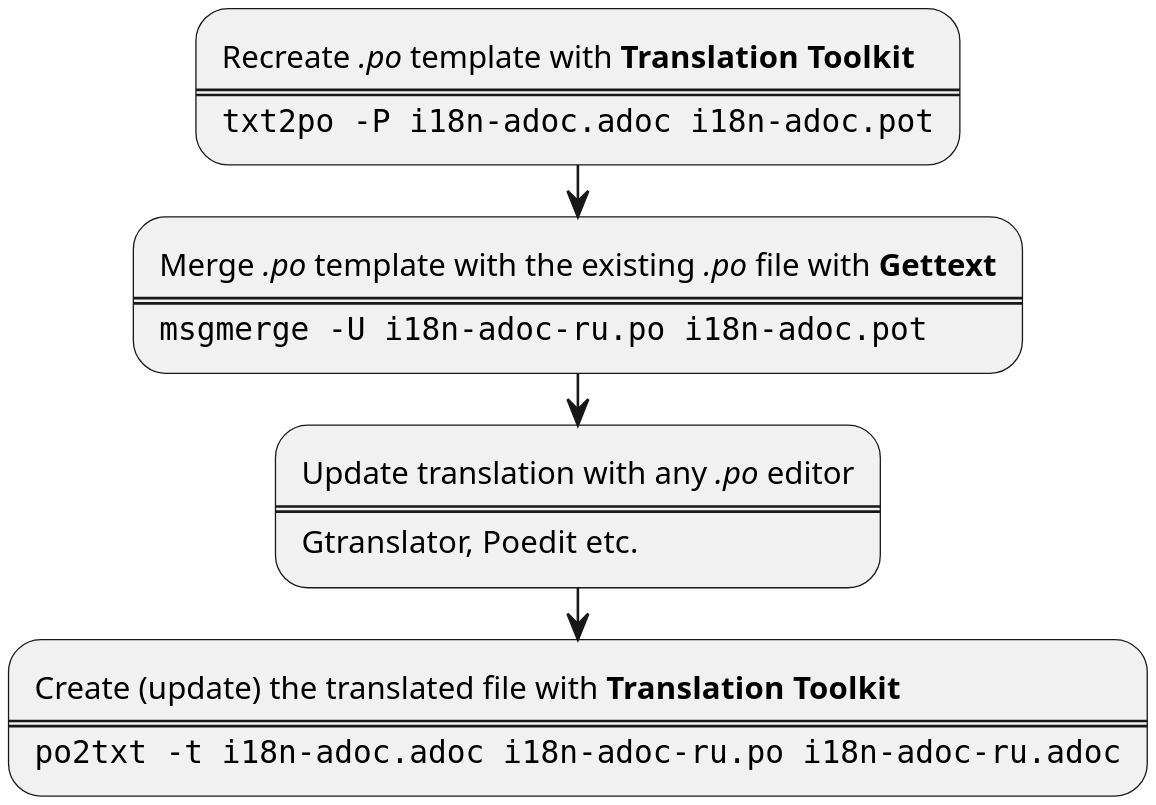
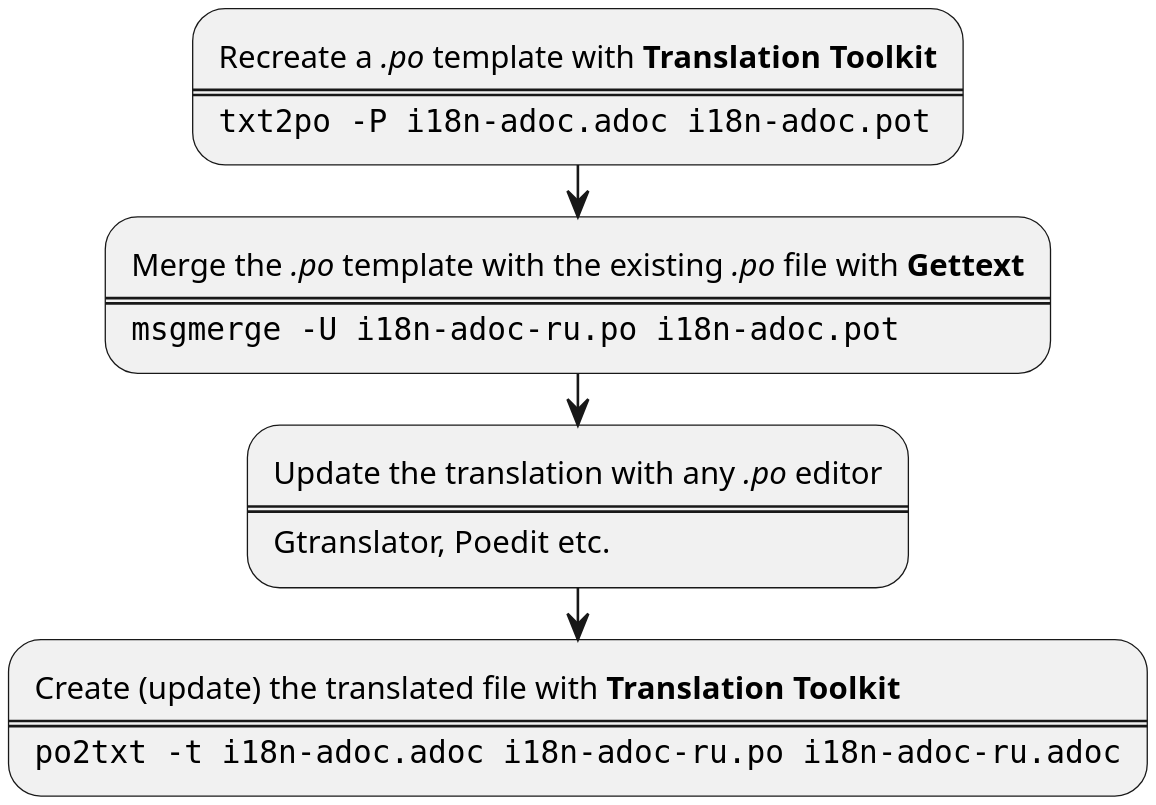
The second of 2 diagrams in src/i18n-adoc.adoc (fiddlededee/asciidoc-i18n), drawn with PlantUML before and after one commit. The commit also changed other lines of this file, not shown here.

```diff
--- a/src/i18n-adoc.adoc
+++ b/src/i18n-adoc.adoc
@@ -122,29 +122,29 @@
 [plantuml,updating-translation,fitrect="170x250mm",srcdpi=300,width=80%]
 ....
 @startuml
 skinparam dpi 300
 
-:Recreate //.po// template with **Translation Toolkit**
+:Recreate a //.po// template with **Translation Toolkit**
 ====
 <code>
 txt2po -P i18n-adoc.adoc i18n-adoc.pot
 </code>;
 
-:Merge //.po// template with the existing //.po// file with **Gettext**
+:Merge the //.po// template with the existing //.po// file with **Gettext**
 ====
 <code>
 msgmerge -U i18n-adoc-ru.po i18n-adoc.pot
 </code>;
 
-:Update translation with any //.po// editor
+:Update the translation with any //.po// editor
 ====
 Gtranslator, Poedit etc.;
 
 :Create (update) the translated file with **Translation Toolkit**
 ====
 <code>
 po2txt -t i18n-adoc.adoc i18n-adoc-ru.po i18n-adoc-ru.adoc
 </code>;
 
 @enduml
 ....
```
